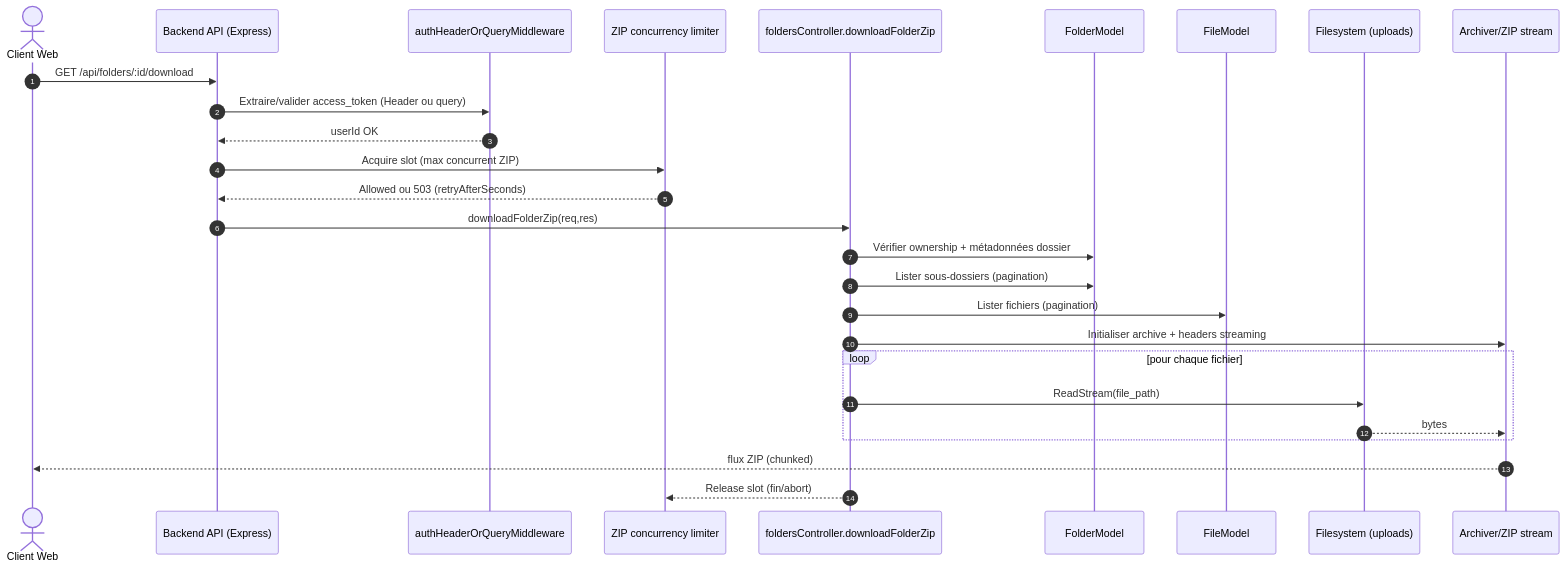
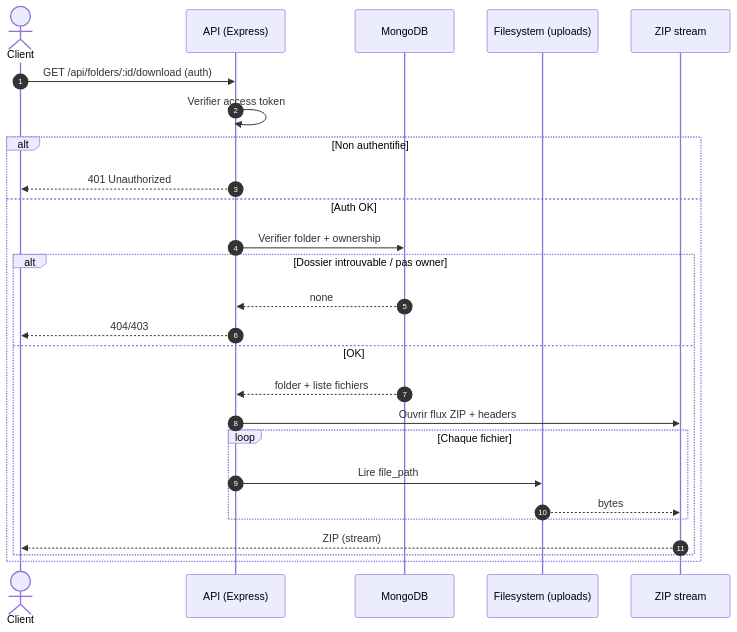
The fourth of 5 diagrams in docs/DIAGRAMMES_UML.md (Elie224/SUPFile), drawn with Mermaid before and after one commit. The commit also changed other lines of this file, not shown here.

Commit message:
docs: simplify sequence diagrams

````diff
--- a/docs/DIAGRAMMES_UML.md
+++ b/docs/DIAGRAMMES_UML.md
@@ -225,30 +226,29 @@
 ```mermaid
 sequenceDiagram
     autonumber
-    actor Client as Client Web
-    participant API as Backend API (Express)
-    participant Auth as authHeaderOrQueryMiddleware
-    participant Lim as ZIP concurrency limiter
-    participant Ctrl as foldersController.downloadFolderZip
-    participant Folders as FolderModel
-    participant Files as FileModel
+    actor Client as Client
+    participant API as API (Express)
+    participant DB as MongoDB
     participant FS as Filesystem (uploads)
-    participant Zip as Archiver/ZIP stream
+    participant ZIP as ZIP stream
 
-    Client->>API: GET /api/folders/:id/download
-    API->>Auth: Extraire/valider access_token (Header ou query)
-    Auth-->>API: userId OK
-    API->>Lim: Acquire slot (max concurrent ZIP)
-    Lim-->>API: Allowed ou 503 (retryAfterSeconds)
-    API->>Ctrl: downloadFolderZip(req,res)
-    Ctrl->>Folders: Vérifier ownership + métadonnées dossier
-    Ctrl->>Folders: Lister sous-dossiers (pagination)
-    Ctrl->>Files: Lister fichiers (pagination)
-    Ctrl->>Zip: Initialiser archive + headers streaming
-    loop pour chaque fichier
-        Ctrl->>FS: ReadStream(file_path)
-        FS-->>Zip: bytes
+    Client->>API: GET /api/folders/:id/download (auth)
+    API->>API: Verifier access token
+    alt Non authentifie
+        API-->>Client: 401 Unauthorized
+    else Auth OK
+        API->>DB: Verifier folder + ownership
+        alt Dossier introuvable / pas owner
+            DB-->>API: none
+            API-->>Client: 404/403
+        else OK
+            DB-->>API: folder + liste fichiers
+            API->>ZIP: Ouvrir flux ZIP + headers
+            loop Chaque fichier
+                API->>FS: Lire file_path
+                FS-->>ZIP: bytes
+            end
+            ZIP-->>Client: ZIP (stream)
+        end
     end
-    Zip-->>Client: flux ZIP (chunked)
-    Ctrl-->>Lim: Release slot (fin/abort)
 ```
````
